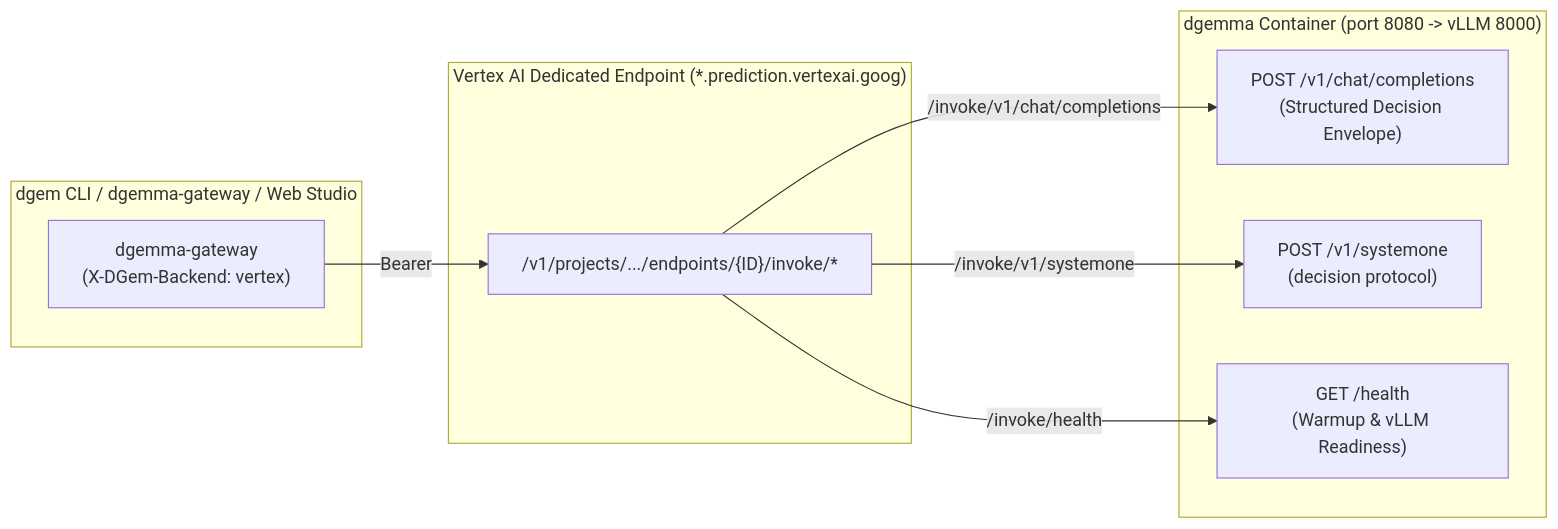
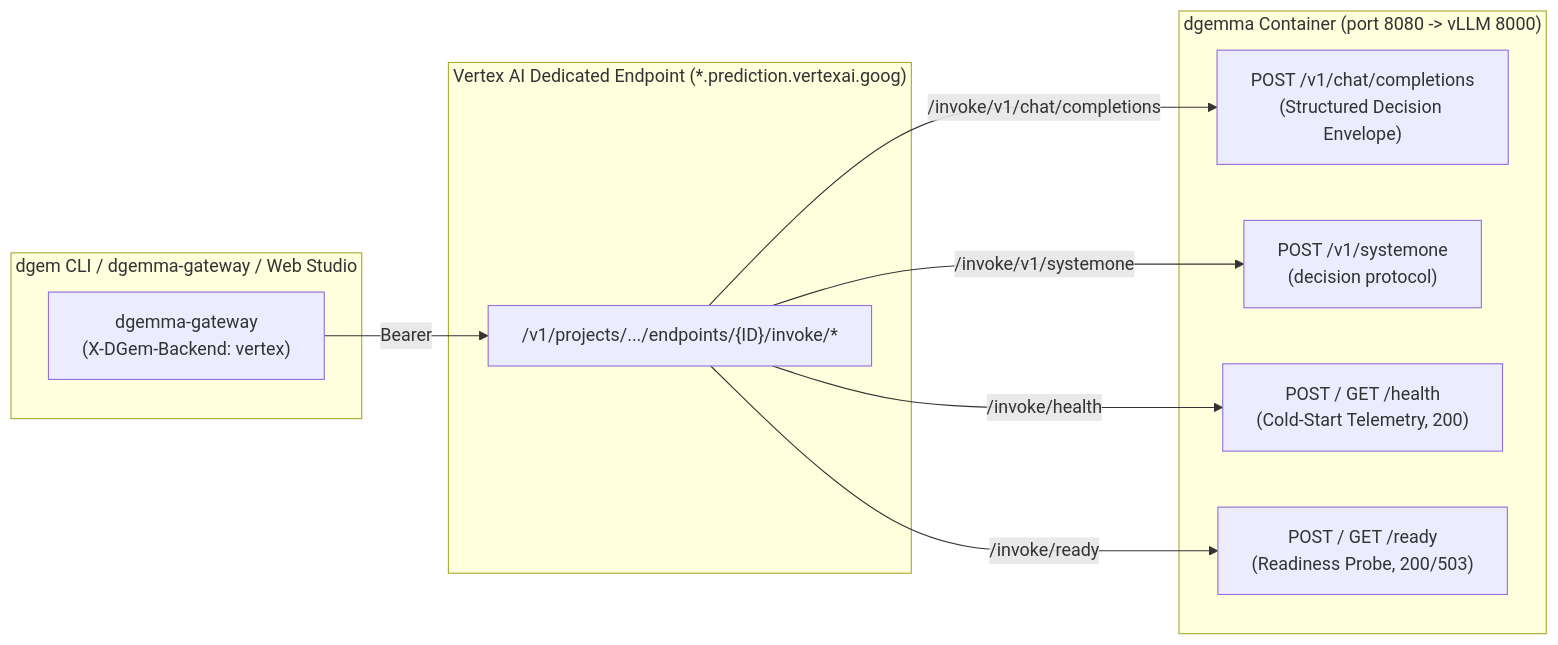
The diagram in docs/reference/vertex-vs-cloud-run.md (GoogleCloudPlatform/dgem), drawn with Mermaid before and after one commit. The commit also changed other lines of this file and 23 other files, not shown here.

First line of the commit message:
fix(serving): add /ready readiness probe route and POST invoke probes

````diff
--- a/docs/reference/vertex-vs-cloud-run.md
+++ b/docs/reference/vertex-vs-cloud-run.md
@@ -28,21 +29,23 @@
 ```mermaid
 flowchart LR
   subgraph Client["dgem CLI / dgemma-gateway / Web Studio"]
     GW["dgemma-gateway\n(X-DGem-Backend: vertex)"]
   end
 
   subgraph Vertex["Vertex AI Dedicated Endpoint (*.prediction.vertexai.goog)"]
     INV["/v1/projects/.../endpoints/{ID}/invoke/*"]
   end
 
   subgraph Container["dgemma Container (port 8080 -> vLLM 8000)"]
     R1["POST /v1/chat/completions\n(Structured Decision Envelope)"]
     R3["POST /v1/systemone\n(decision protocol)"]
-    R4["GET /health\n(Warmup & vLLM Readiness)"]
+    R4["POST / GET /health\n(Cold-Start Telemetry, 200)"]
+    R5["POST / GET /ready\n(Readiness Probe, 200/503)"]
   end
 
   GW -->|"Bearer <OAuth2 cloud-platform>"| INV
   INV -->|"/invoke/v1/chat/completions"| R1
   INV -->|"/invoke/v1/systemone"| R3
   INV -->|"/invoke/health"| R4
+  INV -->|"/invoke/ready"| R5
 ```
````
